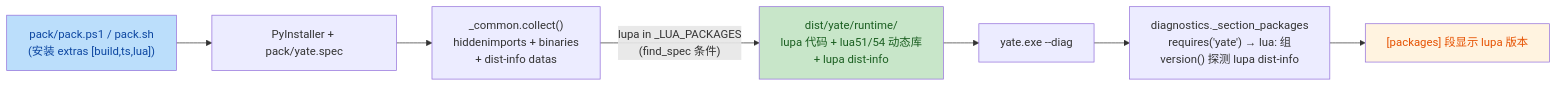
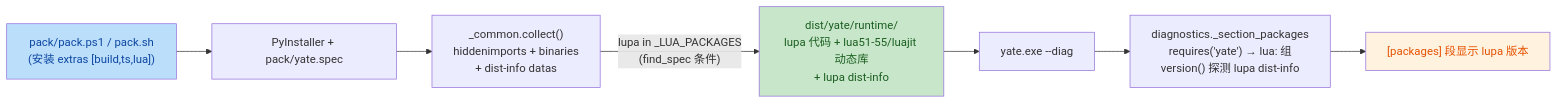
The diagram in .trae/documents/pack-lupa-plan.md (BigThxBrigde/yate), drawn with Mermaid before and after one commit. The commit also changed 1 other file, not shown here.

Commit message:
refactor(pack): collapse single-entry lua inventory tuple
Review nit (pr-review, MINOR): write _LUA_PACKAGES on one line and fix
the plan flowchart's Lua DLL version label (51-55/luajit, per the real
build evidence).

````diff
--- a/.trae/documents/pack-lupa-plan.md
+++ b/.trae/documents/pack-lupa-plan.md
@@ -105,12 +105,12 @@
 ```mermaid
 flowchart LR
     A["pack/pack.ps1 / pack.sh<br/>(安装 extras [build,ts,lua])"] --> B["PyInstaller + pack/yate.spec"]
     B --> C["_common.collect()<br/>hiddenimports + binaries<br/>+ dist-info datas"]
-    C -->|"lupa in _LUA_PACKAGES<br/>(find_spec 条件)"| D["dist/yate/runtime/<br/>lupa 代码 + lua51/54 动态库<br/>+ lupa dist-info"]
+    C -->|"lupa in _LUA_PACKAGES<br/>(find_spec 条件)"| D["dist/yate/runtime/<br/>lupa 代码 + lua51-55/luajit 动态库<br/>+ lupa dist-info"]
     D --> E["yate.exe --diag"]
     E --> F["diagnostics._section_packages<br/>requires('yate') → lua: 组<br/>version() 探测 lupa dist-info"]
     F --> G["[packages] 段显示 lupa 版本"]
     style A fill:#bbdefb,color:#0d47a1
     style D fill:#c8e6c9,color:#1a5e20
     style G fill:#fff3e0,color:#e65100
 ```
````
